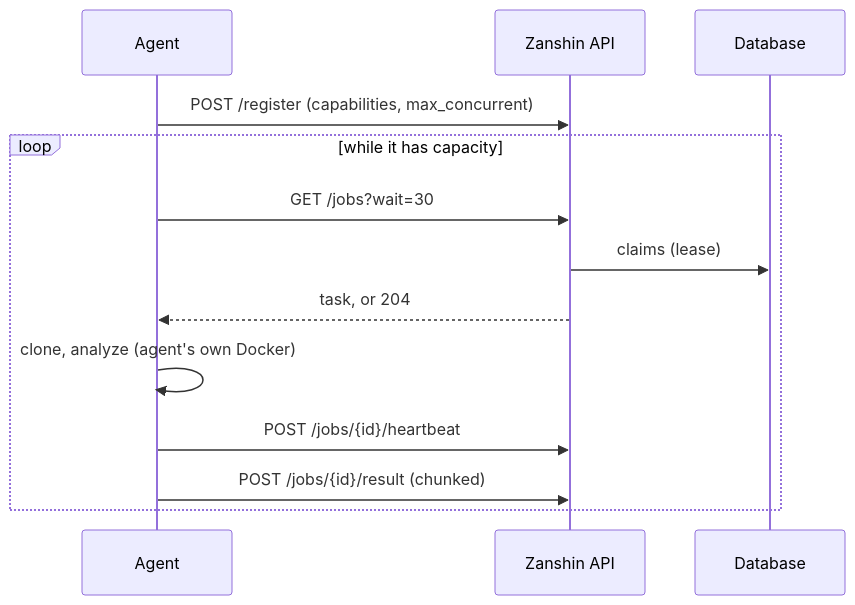
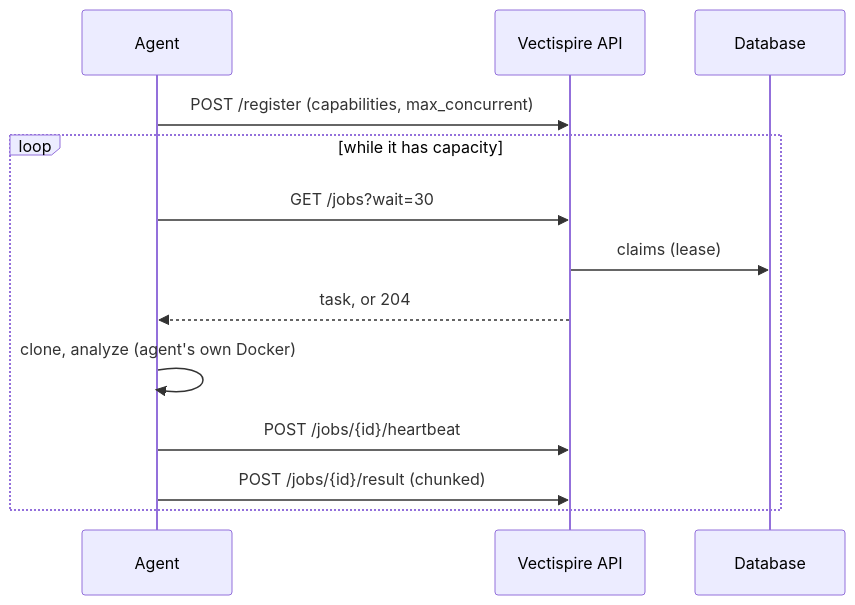
One commit to asmolabs/vectispire changed the diagram in docs/architecture/04-runtime-and-deployment.md. Above: the diagram before and after it, drawn with Mermaid. The commit also changed other lines of this file and 627 other files, not shown here.

````diff
--- a/docs/architecture/04-runtime-and-deployment.md
+++ b/docs/architecture/04-runtime-and-deployment.md
@@ -103,16 +103,16 @@
 ```mermaid
 sequenceDiagram
     participant A as Agent
-    participant API as Zanshin API
+    participant API as Vectispire API
     participant DB as Database
 
     A->>API: POST /register (capabilities, max_concurrent)
     loop while it has capacity
         A->>API: GET /jobs?wait=30
         API->>DB: claims (lease)
         API-->>A: task, or 204
         A->>A: clone, analyze (agent's own Docker)
         A->>API: POST /jobs/{id}/heartbeat
         A->>API: POST /jobs/{id}/result (chunked)
     end
 ```
````
